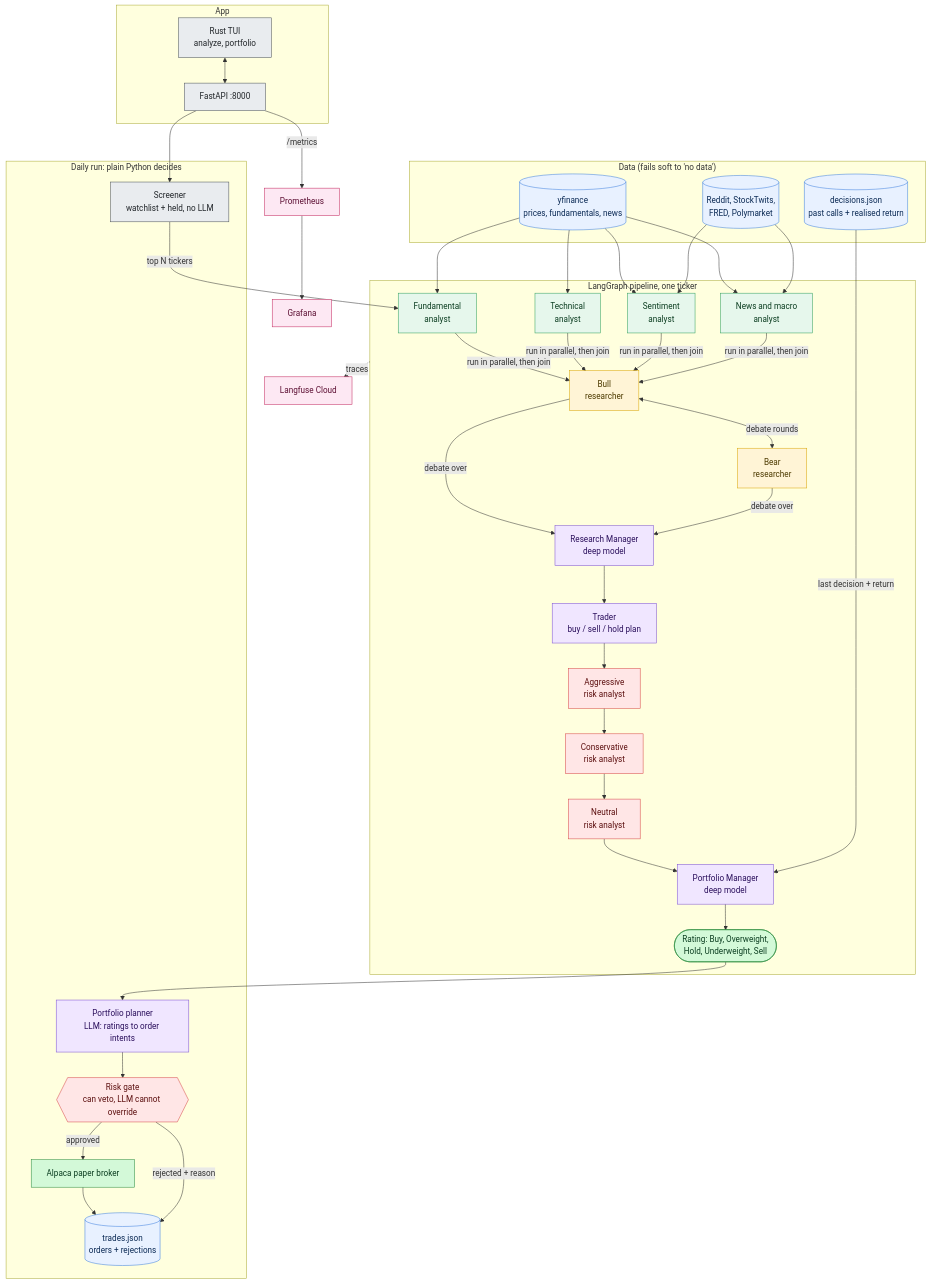
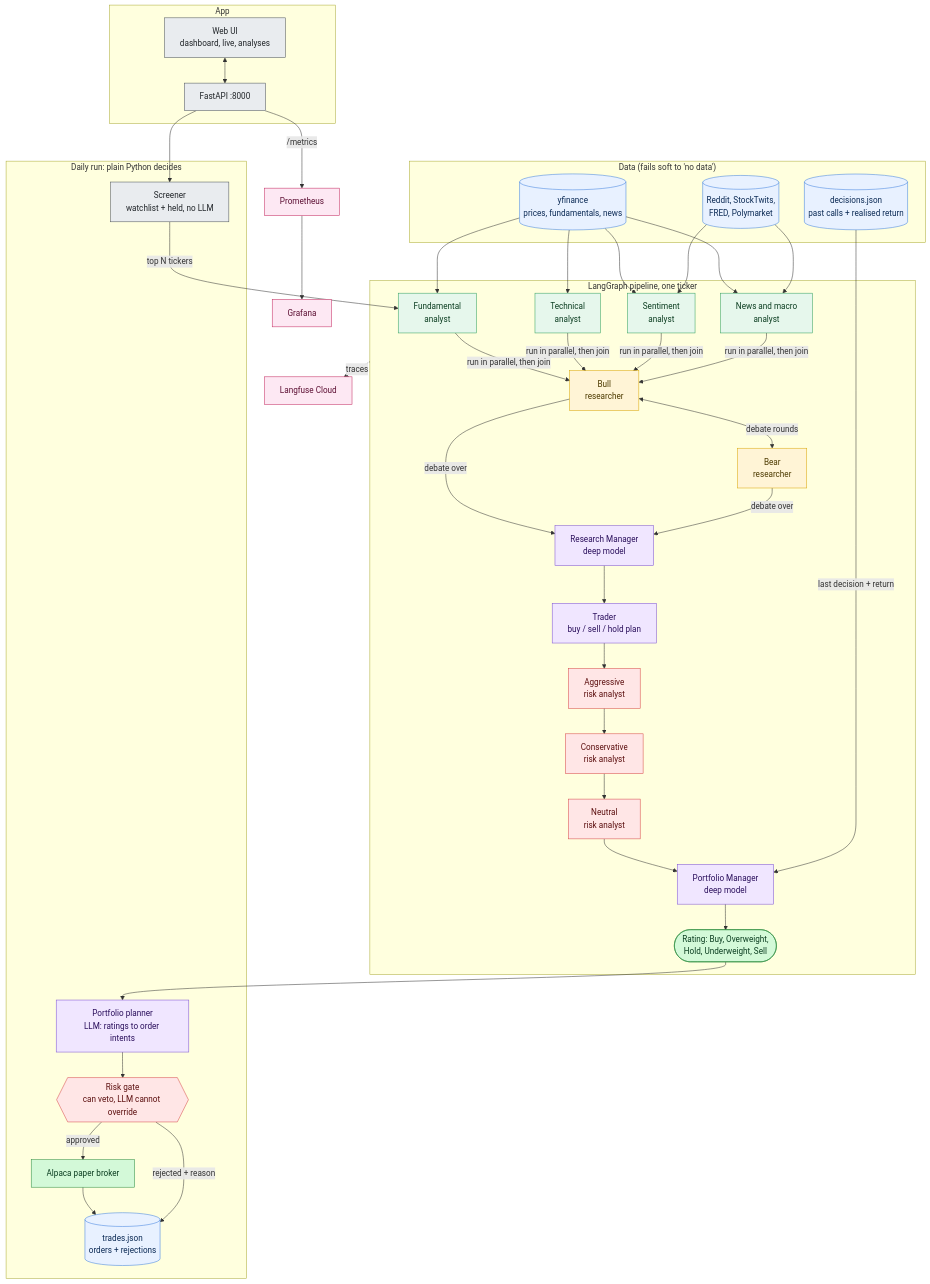
One commit to Samirkhairati/trading-agents changed the diagram in README.md. Above: the diagram before and after it, drawn with Mermaid. The commit also changed other lines of this file and 34 other files, not shown here.

````diff
--- a/README.md
+++ b/README.md
@@ -13,68 +13,68 @@
 ```mermaid
 flowchart TB
     classDef data fill:#e8f1ff,stroke:#3b7ddd,color:#0b2a55
     classDef analyst fill:#e6f7ec,stroke:#2e9e5b,color:#0b3d20
     classDef debate fill:#fff4d6,stroke:#d9a400,color:#4d3a00
     classDef manager fill:#f0e6ff,stroke:#7a4fd1,color:#2a0f5c
     classDef risk fill:#ffe6e6,stroke:#d64545,color:#5c0f0f
     classDef code fill:#e9ecef,stroke:#495057,color:#212529
     classDef out fill:#d3f9d8,stroke:#2b8a3e,color:#0b3d20
     classDef obs fill:#fde8f3,stroke:#c2255c,color:#5c0f33
 
     subgraph DATA["Data (fails soft to 'no data')"]
         YF[(yfinance<br/>prices, fundamentals, news)]:::data
         ALT[(Reddit, StockTwits,<br/>FRED, Polymarket)]:::data
         MEM[(decisions.json<br/>past calls + realised return)]:::data
     end
 
     subgraph PIPE["LangGraph pipeline, one ticker"]
         FA[Fundamental<br/>analyst]:::analyst
         TA[Technical<br/>analyst]:::analyst
         SA[Sentiment<br/>analyst]:::analyst
         NA[News and macro<br/>analyst]:::analyst
         BULL[Bull<br/>researcher]:::debate
         BEAR[Bear<br/>researcher]:::debate
         RM[Research Manager<br/>deep model]:::manager
         TR[Trader<br/>buy / sell / hold plan]:::manager
         AGG[Aggressive<br/>risk analyst]:::risk
         CON[Conservative<br/>risk analyst]:::risk
         NEU[Neutral<br/>risk analyst]:::risk
         PM[Portfolio Manager<br/>deep model]:::manager
         RATING([Rating: Buy, Overweight,<br/>Hold, Underweight, Sell]):::out
     end
 
     YF --> FA & TA & SA & NA
     ALT --> SA & NA
     FA & TA & SA & NA -->|run in parallel, then join| BULL
     BULL <-->|debate rounds| BEAR
     BULL -->|debate over| RM
     BEAR -->|debate over| RM
     RM --> TR
     TR --> AGG --> CON --> NEU
     NEU --> PM
     MEM -->|last decision + return| PM
     PM --> RATING
 
     subgraph DAILY["Daily run: plain Python decides"]
         SCR[Screener<br/>watchlist + held, no LLM]:::code
         PLAN[Portfolio planner<br/>LLM: ratings to order intents]:::manager
         GATE{{Risk gate<br/>can veto, LLM cannot override}}:::risk
         BRK[Alpaca paper broker]:::out
         LOG[(trades.json<br/>orders + rejections)]:::data
     end
 
     SCR -->|top N tickers| FA
     RATING --> PLAN --> GATE
     GATE -->|approved| BRK --> LOG
     GATE -->|rejected + reason| LOG
 
     subgraph APP["App"]
-        TUI[Rust TUI<br/>analyze, portfolio]:::code
+        UI[Web UI<br/>dashboard, live, analyses]:::code
         API[FastAPI :8000]:::code
     end
 
-    TUI <--> API
+    UI <--> API
     API --> SCR
     API -->|/metrics| PROM[Prometheus]:::obs --> GRAF[Grafana]:::obs
     PIPE -.->|traces| LF[Langfuse Cloud]:::obs
 ```
````
